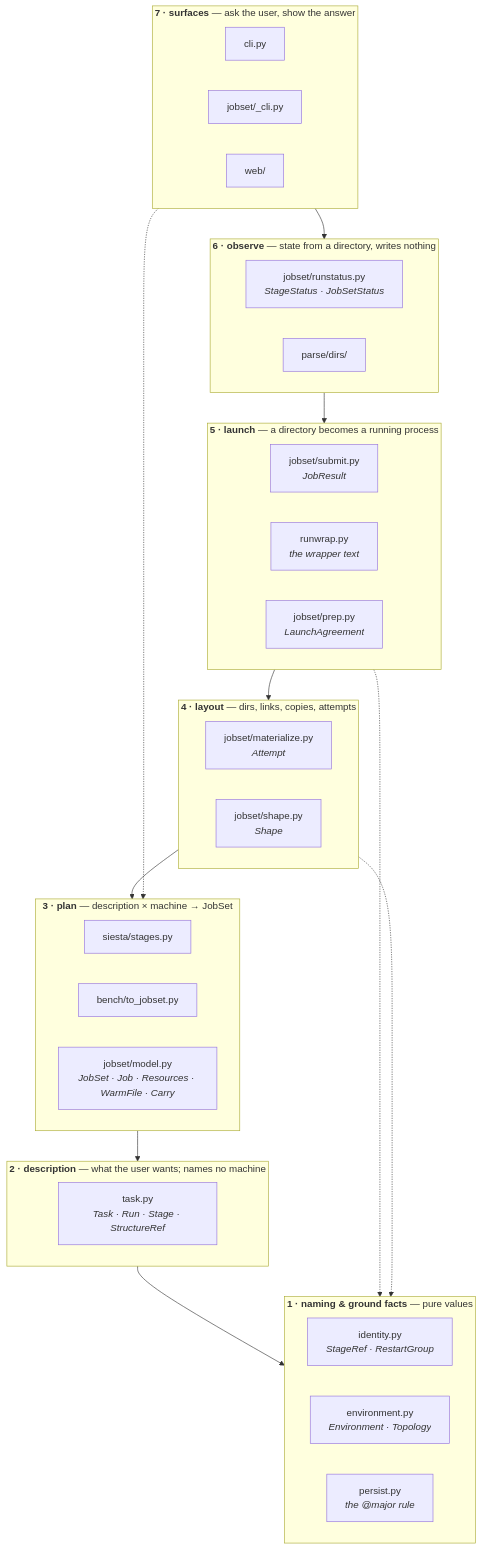
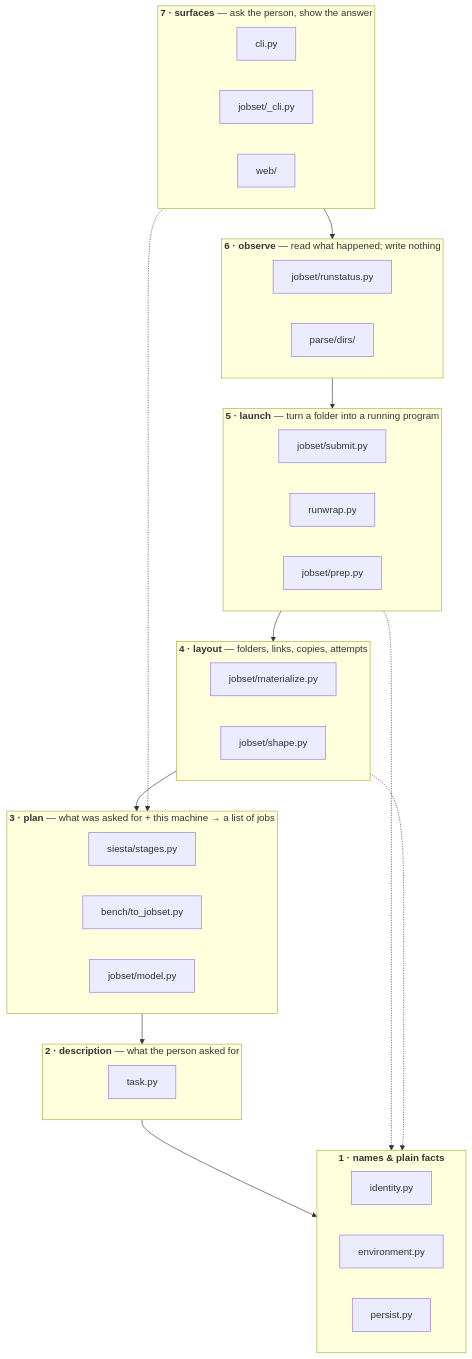
The third of 4 diagrams in docs/execution/staged-runs-implementation-plan.md (Qing-LAB/molbuilder), drawn with Mermaid before and after one commit. The commit also changed other lines of this file, not shown here.

First line of the commit message:
docs(architecture): § 9 consolidated -- one design, plain language, 115 lines shorter

````diff
--- a/docs/execution/staged-runs-implementation-plan.md
+++ b/docs/execution/staged-runs-implementation-plan.md
@@ -3181,39 +3111,35 @@
 ```mermaid
 flowchart TB
-    subgraph L7["<b>7 · surfaces</b> — ask the user, show the answer"]
+    subgraph L7["<b>7 · surfaces</b> — ask the person, show the answer"]
       direction LR
       S1["cli.py"]; S2["jobset/_cli.py"]; S3["web/"]
     end
-    subgraph L6["<b>6 · observe</b> — state from a directory, writes nothing"]
+    subgraph L6["<b>6 · observe</b> — read what happened; write nothing"]
       direction LR
-      O1["jobset/runstatus.py<br/><i>StageStatus · JobSetStatus</i>"]; O2["parse/dirs/"]
+      O1["jobset/runstatus.py"]; O2["parse/dirs/"]
     end
-    subgraph L5["<b>5 · launch</b> — a directory becomes a running process"]
+    subgraph L5["<b>5 · launch</b> — turn a folder into a running program"]
       direction LR
-      U1["jobset/submit.py<br/><i>JobResult</i>"]; U2["runwrap.py<br/><i>the wrapper text</i>"]
-      U3["jobset/prep.py<br/><i>LaunchAgreement</i>"]
+      U1["jobset/submit.py"]; U2["runwrap.py"]; U3["jobset/prep.py"]
     end
-    subgraph L4["<b>4 · layout</b> — dirs, links, copies, attempts"]
+    subgraph L4["<b>4 · layout</b> — folders, links, copies, attempts"]
       direction LR
-      Y1["jobset/materialize.py<br/><i>Attempt</i>"]; Y2["jobset/shape.py<br/><i>Shape</i>"]
+      Y1["jobset/materialize.py"]; Y2["jobset/shape.py"]
     end
-    subgraph L3["<b>3 · plan</b> — description × machine → JobSet"]
+    subgraph L3["<b>3 · plan</b> — what was asked for + this machine → a list of jobs"]
       direction LR
-      P1["siesta/stages.py"]; P2["bench/to_jobset.py"]
-      P3["jobset/model.py<br/><i>JobSet · Job · Resources · WarmFile · Carry</i>"]
+      P1["siesta/stages.py"]; P2["bench/to_jobset.py"]; P3["jobset/model.py"]
     end
-    subgraph L2["<b>2 · description</b> — what the user wants; names no machine"]
+    subgraph L2["<b>2 · description</b> — what the person asked for"]
       direction LR
-      D1["task.py<br/><i>Task · Run · Stage · StructureRef</i>"]
+      D1["task.py"]
     end
-    subgraph L1["<b>1 · naming &amp; ground facts</b> — pure values"]
+    subgraph L1["<b>1 · names &amp; plain facts</b>"]
       direction LR
-      N1["identity.py<br/><i>StageRef · RestartGroup</i>"]
-      N2["environment.py<br/><i>Environment · Topology</i>"]
-      N3["persist.py<br/><i>the @major rule</i>"]
+      N1["identity.py"]; N2["environment.py"]; N3["persist.py"]
     end
     L7 --> L6 --> L5 --> L4 --> L3 --> L2 --> L1
     L5 -.-> L1
     L4 -.-> L1
     L7 -.-> L3
 ```
````
